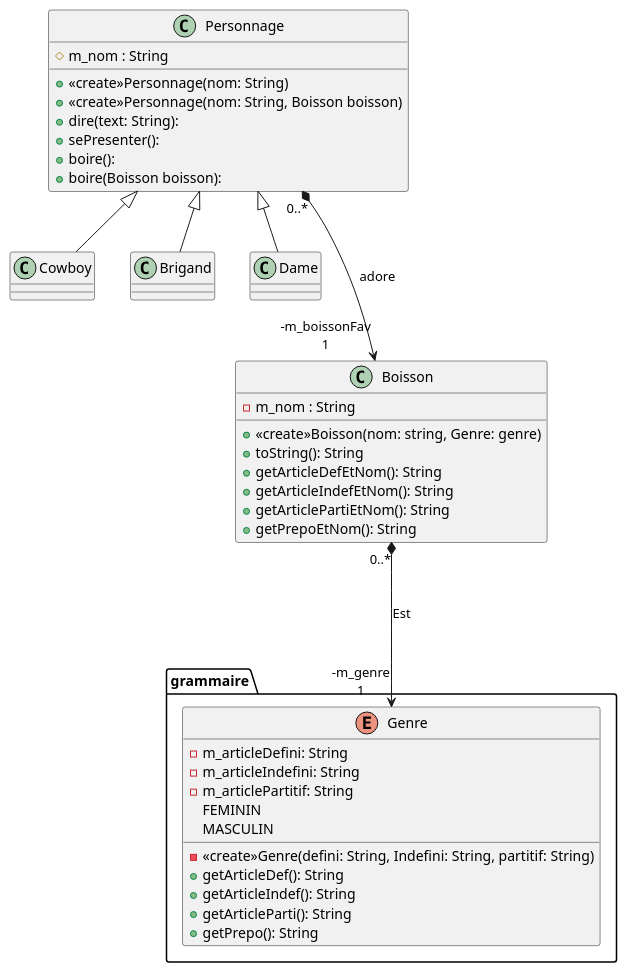
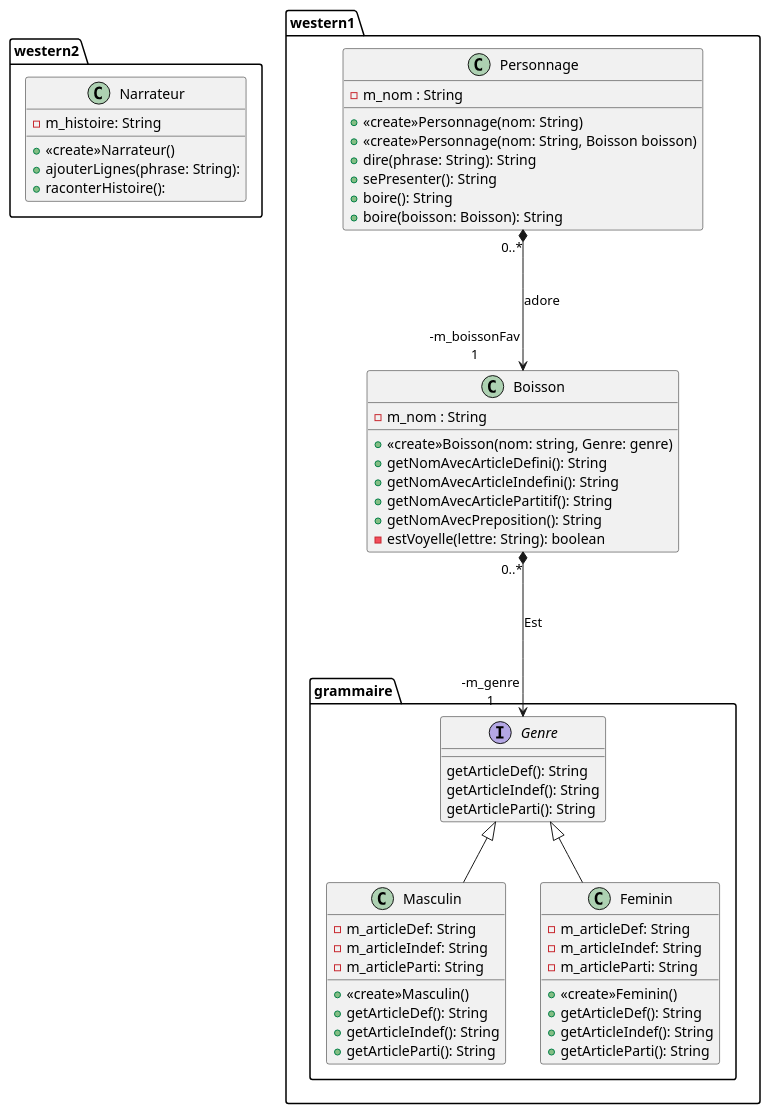
One commit to Omikrone/Western changed the diagram in src/Histoire1.puml. Above: the diagram before and after it, drawn with PlantUML. The commit also changed 11 other files, not shown here.

Commit message:
class boisson a test/maj uml

```diff
--- a/src/Histoire1.puml
+++ b/src/Histoire1.puml
@@ -1,55 +1,63 @@
 @startuml
 
+package western2{
+    class Narrateur{
+    -m_histoire: String
+    +«create»Narrateur()
+    +ajouterLignes(phrase: String):
+    +raconterHistoire():
+}
+
+}
+package western1{
 class Personnage{
-    #m_nom : String
+    -m_nom : String
     +«create»Personnage(nom: String)
     +«create»Personnage(nom: String, Boisson boisson)
-    +dire(text: String):
-    +sePresenter():
-    +boire():
-    +boire(Boisson boisson):
+    +dire(phrase: String): String
+    +sePresenter(): String
+    +boire(): String
+    +boire(boisson: Boisson): String
 }
-
-class Cowboy extends Personnage{
-
-}
-
-class Brigand extends Personnage{
-
-}
-
-class Dame extends Personnage{
-
-}
-
 
 class Boisson{
     -m_nom : String
     +«create»Boisson(nom: string, Genre: genre)
-    +toString(): String
-    +getArticleDefEtNom(): String
-    +getArticleIndefEtNom(): String
-    +getArticlePartiEtNom(): String
-    +getPrepoEtNom(): String
-
+    +getNomAvecArticleDefini(): String
+    +getNomAvecArticleIndefini(): String
+    +getNomAvecArticlePartitif(): String
+    +getNomAvecPreposition(): String
+    -estVoyelle(lettre: String): boolean
 }
 
 package grammaire {
-    enum Genre{
-        -m_articleDefini: String
-        -m_articleIndefini: String
-        -m_articlePartitif: String
-        -«create»Genre(defini: String, Indefini: String, partitif: String)
-        FEMININ
-        MASCULIN
+    class Masculin extends Genre{
+        -m_articleDef: String
+        -m_articleIndef: String
+        -m_articleParti: String
+        +«create»Masculin()
         +getArticleDef(): String
         +getArticleIndef(): String
         +getArticleParti(): String
-        +getPrepo(): String
+    }
+    class Feminin extends Genre{
+        -m_articleDef: String
+        -m_articleIndef: String
+        -m_articleParti: String
+        +«create»Feminin()
+        +getArticleDef(): String
+        +getArticleIndef(): String
+        +getArticleParti(): String
+    }
+
+    interface Genre{
+        getArticleDef(): String
+        getArticleIndef(): String
+        getArticleParti(): String
     }
 }
-
+}
 Boisson "0..*" *---> "-m_genre\n1" Genre : Est 
 
 Personnage "0..*" *---> "-m_boissonFav\n1" Boisson : adore
 @enduml
```
